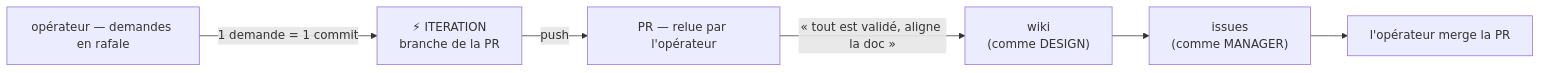
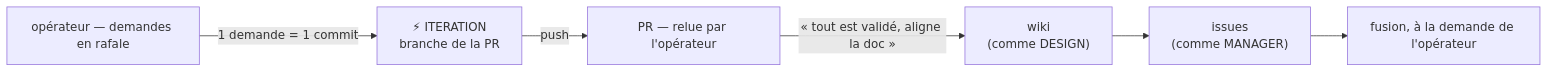
The diagram in skills/mode-iteration/SKILL.md (PaulThiberville/gh-harness), drawn with Mermaid before and after one commit. The commit also changed other lines of this file and 8 other files, not shown here.

First line of the commit message:
feat: l'agent fusionne et consigne à la demande de l'opérateur

````diff
--- a/skills/mode-iteration/SKILL.md
+++ b/skills/mode-iteration/SKILL.md
@@ -20,8 +20,8 @@
 ```mermaid
 flowchart LR
   P["opérateur — demandes en rafale"] -->|"1 demande = 1 commit"| I["⚡ ITERATION<br/>branche de la PR"]
   I -->|push| PR["PR — relue par l'opérateur"]
   PR -->|"« tout est validé, aligne la doc »"| W["wiki<br/>(comme DESIGN)"]
   W --> T["issues<br/>(comme MANAGER)"]
-  T --> M["l'opérateur merge la PR"]
+  T --> M["fusion, à la demande de l'opérateur"]
 ```
````
